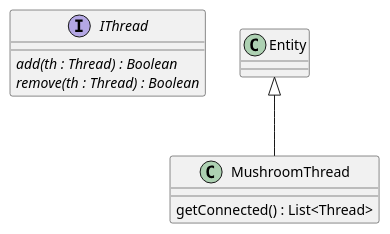
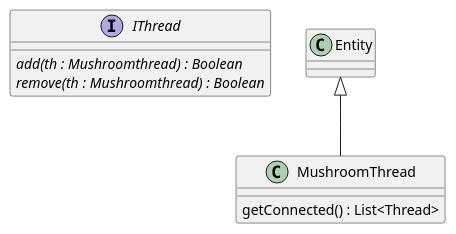
One commit to Petya-G/fungorium changed the diagram in 5/classes/mushroom/mushroomThread.puml. Above: the diagram before and after it, drawn with PlantUML. The commit also changed 1 other file, not shown here.

```diff
--- a/5/classes/mushroom/mushroomThread.puml
+++ b/5/classes/mushroom/mushroomThread.puml
@@ -1,12 +1,12 @@
 @startuml thread
 
 interface IThread{
-    {abstract} add(th : Thread) : Boolean
-    {abstract} remove(th : Thread) : Boolean
+    {abstract} add(th : Mushroomthread) : Boolean
+    {abstract} remove(th : Mushroomthread) : Boolean
 }
 
 class MushroomThread extends Entity{
     getConnected() : List<Thread>
 }
 
 @enduml
```
